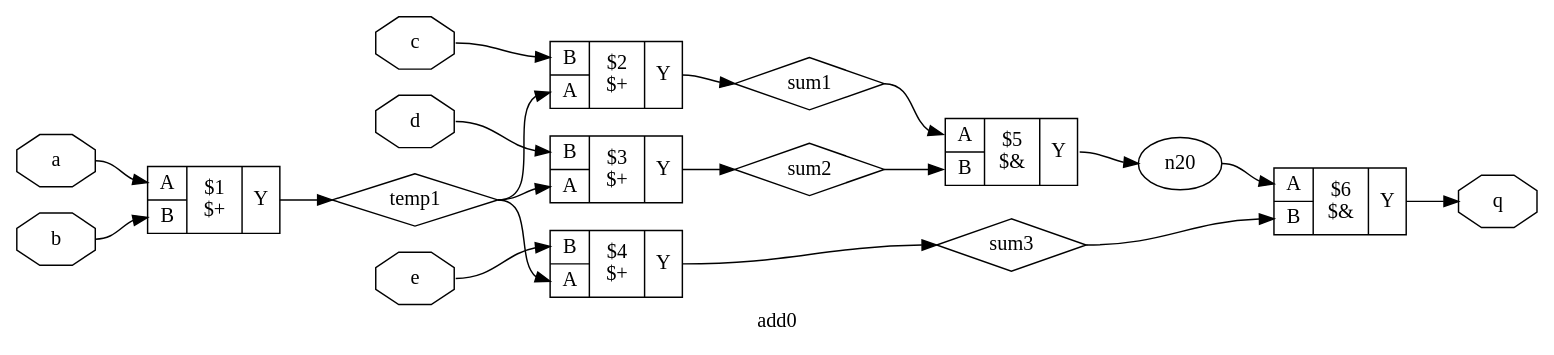
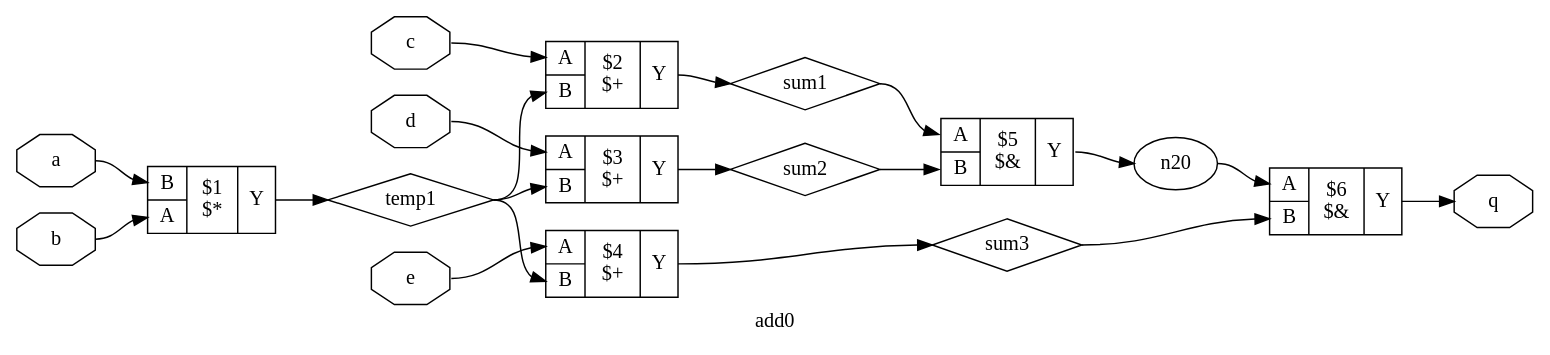
One commit to LeeKilller/LQLCode_MyIvl_v1.0_start changed the diagram in output/test1.dot. Above: the diagram before and after it, drawn with Graphviz. The commit also changed 8 other files, not shown here.

```diff
--- a/output/test1.dot
+++ b/output/test1.dot
@@ -1,39 +1,39 @@
 digraph "add0" {
 label="add0";
 rankdir="LR";
 remincross=true;
 n2 [ shape=octagon, label="a"];
 n3 [ shape=octagon, label="b"];
 n4 [ shape=octagon, label="c"];
 n5 [ shape=octagon, label="d"];
 n6 [ shape=octagon, label="e"];
 n7 [ shape=octagon, label="q"];
 n8 [ shape=diamond, label="sum1"];
 n9 [ shape=diamond, label="sum2"];
 n10 [ shape=diamond, label="sum3"];
 n11 [ shape=diamond, label="temp1"];
-c15 [ shape=record, label="{{<p12> A|<p13> B}|$1\n$+|{<p14> Y}}", ];
+c15 [ shape=record, label="{{<p12> B|<p13> A}|$1\n$*|{<p14> Y}}", ];
 n2:e -> c15:p12:w;
 n3:e -> c15:p13:w;
 c15:p14:e -> n11:w;
-c16 [ shape=record, label="{{<p13> B|<p12> A}|$2\n$+|{<p14> Y}}", ];
+c16 [ shape=record, label="{{<p13> A|<p12> B}|$2\n$+|{<p14> Y}}", ];
 n4:e -> c16:p13:w;
 c16:p14:e -> n8:w;
 n11:e -> c16:p12:w;
-c17 [ shape=record, label="{{<p13> B|<p12> A}|$3\n$+|{<p14> Y}}", ];
+c17 [ shape=record, label="{{<p13> A|<p12> B}|$3\n$+|{<p14> Y}}", ];
 n5:e -> c17:p13:w;
 c17:p14:e -> n9:w;
 n11:e -> c17:p12:w;
-c18 [ shape=record, label="{{<p13> B|<p12> A}|$4\n$+|{<p14> Y}}", ];
+c18 [ shape=record, label="{{<p13> A|<p12> B}|$4\n$+|{<p14> Y}}", ];
 n6:e -> c18:p13:w;
 c18:p14:e -> n10:w;
 n11:e -> c18:p12:w;
-c19 [ shape=record, label="{{<p12> A|<p13> B}|$5\n$&|{<p14> Y}}", ];
-n8:e -> c19:p12:w;
+c19 [ shape=record, label="{{<p13> A|<p12> B}|$5\n$&|{<p14> Y}}", ];
+n8:e -> c19:p13:w;
 c19:p14:e -> n20:w;
-n9:e -> c19:p13:w;
-c21 [ shape=record, label="{{<p12> A|<p13> B}|$6\n$&|{<p14> Y}}", ];
+n9:e -> c19:p12:w;
+c21 [ shape=record, label="{{<p13> A|<p12> B}|$6\n$&|{<p14> Y}}", ];
 c21:p14:e -> n7:w;
-n20:e -> c21:p12:w;
-n10:e -> c21:p13:w;
+n20:e -> c21:p13:w;
+n10:e -> c21:p12:w;
 }
```
